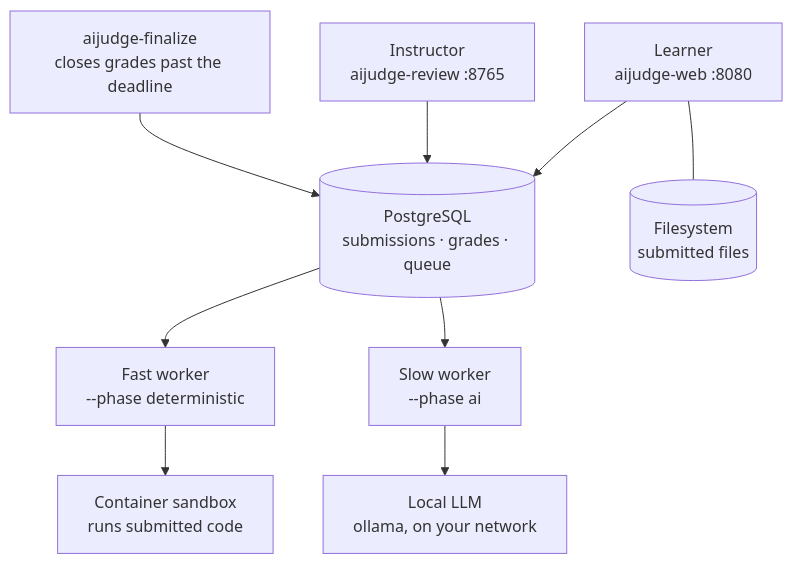
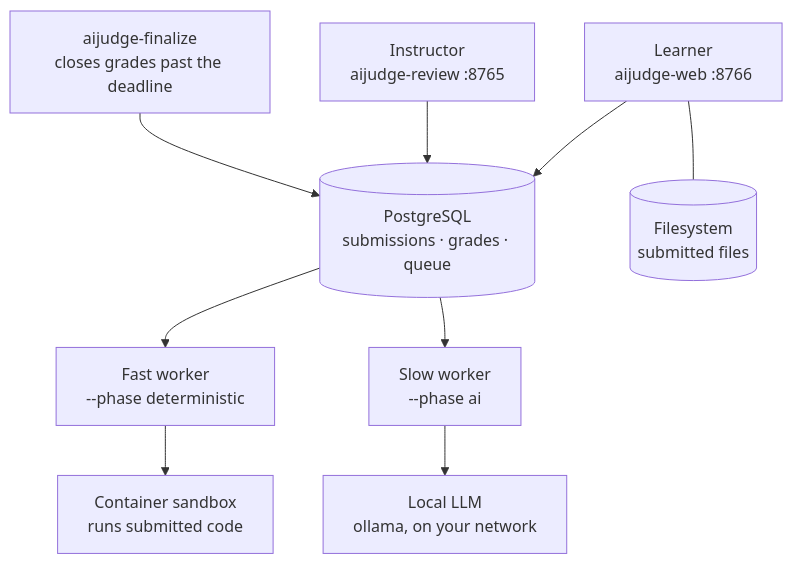
The first of 4 diagrams in README.md (sanoakr/aijudge), drawn with Mermaid before and after one commit. The commit also changed other lines of this file and 12 other files, not shown here.

````diff
--- a/README.md
+++ b/README.md
@@ -89,26 +89,26 @@
 ```mermaid
 flowchart TB
-    L["Learner<br/>aijudge-web :8080"]
+    L["Learner<br/>aijudge-web :8766"]
     I["Instructor<br/>aijudge-review :8765"]
     F["aijudge-finalize<br/>closes grades past the deadline"]
 
     DB[("PostgreSQL<br/>submissions · grades · queue")]
     S[("Filesystem<br/>submitted files")]
 
     DW["Fast worker<br/>--phase deterministic"]
     AW["Slow worker<br/>--phase ai"]
 
     SB["Container sandbox<br/>runs submitted code"]
     LLM["Local LLM<br/>ollama, on your network"]
 
     L --- S
     L --> DB
     I --> DB
     F --> DB
 
     DB --> DW
     DB --> AW
 
     DW --> SB
     AW --> LLM
 ```
````
